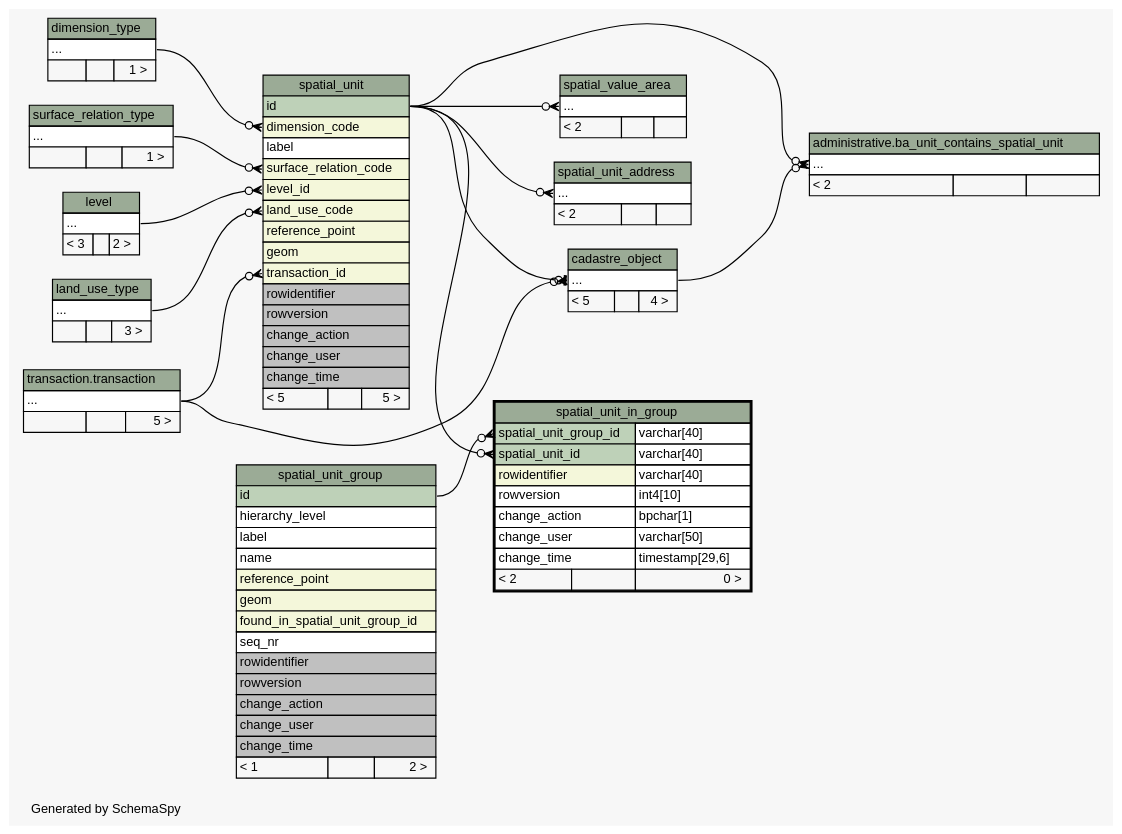
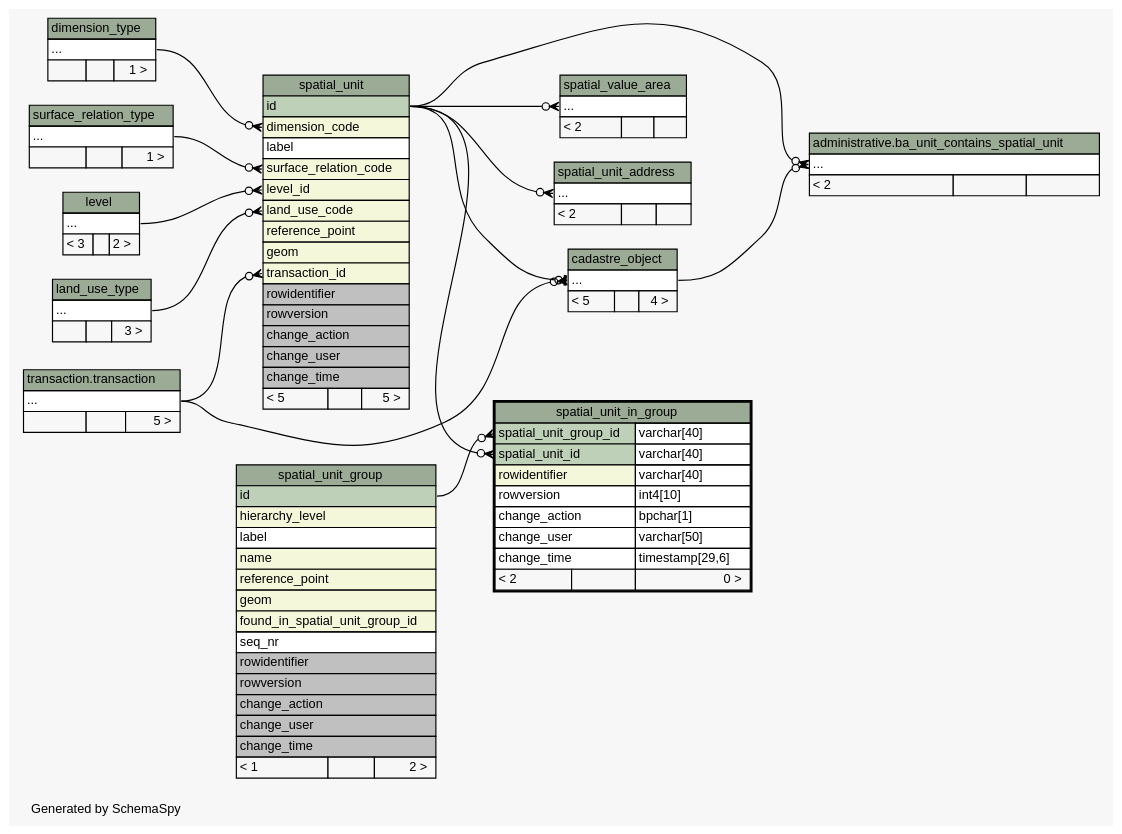
One commit to SOLA-SR-FAO/database changed the diagram in doc/cadastre/diagrams/spatial_unit_in_group.2degrees.dot. Above: the diagram before and after it, drawn with Graphviz. The commit also changed 592 other files, not shown here.

```diff
--- a/doc/cadastre/diagrams/spatial_unit_in_group.2degrees.dot
+++ b/doc/cadastre/diagrams/spatial_unit_in_group.2degrees.dot
@@ -1,186 +1,186 @@
 // dot 2.36.0 on Windows 7 6.1
 // SchemaSpy rev 590
 digraph "twoDegreesRelationshipsDiagram" {
   graph [
     rankdir="RL"
     bgcolor="#f7f7f7"
     label="\nGenerated by SchemaSpy"
     labeljust="l"
     nodesep="0.18"
     ranksep="0.46"
     fontname="Helvetica"
     fontsize="11"
   ];
   node [
     fontname="Helvetica"
     fontsize="11"
     shape="plaintext"
   ];
   edge [
     arrowsize="0.8"
   ];
   "administrative.ba_unit_contains_spatial_unit":"elipses":w -> "cadastre_object":"elipses":e [arrowhead=none dir=back arrowtail=crowodot];
   "administrative.ba_unit_contains_spatial_unit":"elipses":w -> "spatial_unit":"id":e [arrowhead=none dir=back arrowtail=crowodot];
   "cadastre_object":"elipses":w -> "spatial_unit":"id":e [arrowhead=none dir=back arrowtail=teeodot];
   "cadastre_object":"elipses":w -> "transaction.transaction":"elipses":e [arrowhead=none dir=back arrowtail=crowodot];
   "spatial_unit":"dimension_code":w -> "dimension_type":"elipses":e [arrowhead=none dir=back arrowtail=crowodot];
   "spatial_unit":"land_use_code":w -> "land_use_type":"elipses":e [arrowhead=none dir=back arrowtail=crowodot];
   "spatial_unit":"level_id":w -> "level":"elipses":e [arrowhead=none dir=back arrowtail=crowodot];
   "spatial_unit":"surface_relation_code":w -> "surface_relation_type":"elipses":e [arrowhead=none dir=back arrowtail=crowodot];
   "spatial_unit":"transaction_id":w -> "transaction.transaction":"elipses":e [arrowhead=none dir=back arrowtail=crowodot];
   "spatial_unit_address":"elipses":w -> "spatial_unit":"id":e [arrowhead=none dir=back arrowtail=crowodot];
   "spatial_unit_in_group":"spatial_unit_group_id":w -> "spatial_unit_group":"id":e [arrowhead=none dir=back arrowtail=crowodot];
   "spatial_unit_in_group":"spatial_unit_id":w -> "spatial_unit":"id":e [arrowhead=none dir=back arrowtail=crowodot];
   "spatial_value_area":"elipses":w -> "spatial_unit":"id":e [arrowhead=none dir=back arrowtail=crowodot];
   "administrative.ba_unit_contains_spatial_unit" [
     label=<
     <TABLE BORDER="0" CELLBORDER="1" CELLSPACING="0" BGCOLOR="#ffffff">
       <TR><TD COLSPAN="3" BGCOLOR="#9bab96" ALIGN="CENTER">administrative.ba_unit_contains_spatial_unit</TD></TR>
       <TR><TD PORT="elipses" COLSPAN="3" ALIGN="LEFT">...</TD></TR>
       <TR><TD ALIGN="LEFT" BGCOLOR="#f7f7f7">&lt; 2</TD><TD ALIGN="RIGHT" BGCOLOR="#f7f7f7">  </TD><TD ALIGN="RIGHT" BGCOLOR="#f7f7f7">  </TD></TR>
     </TABLE>>
     URL="../../administrative/tables/ba_unit_contains_spatial_unit.html"
     tooltip="administrative.ba_unit_contains_spatial_unit"
   ];
   "cadastre_object" [
     label=<
     <TABLE BORDER="0" CELLBORDER="1" CELLSPACING="0" BGCOLOR="#ffffff">
       <TR><TD COLSPAN="3" BGCOLOR="#9bab96" ALIGN="CENTER">cadastre_object</TD></TR>
       <TR><TD PORT="elipses" COLSPAN="3" ALIGN="LEFT">...</TD></TR>
       <TR><TD ALIGN="LEFT" BGCOLOR="#f7f7f7">&lt; 5</TD><TD ALIGN="RIGHT" BGCOLOR="#f7f7f7">  </TD><TD ALIGN="RIGHT" BGCOLOR="#f7f7f7">4 &gt;</TD></TR>
     </TABLE>>
     URL="cadastre_object.html"
     tooltip="cadastre_object"
   ];
   "dimension_type" [
     label=<
     <TABLE BORDER="0" CELLBORDER="1" CELLSPACING="0" BGCOLOR="#ffffff">
       <TR><TD COLSPAN="3" BGCOLOR="#9bab96" ALIGN="CENTER">dimension_type</TD></TR>
       <TR><TD PORT="elipses" COLSPAN="3" ALIGN="LEFT">...</TD></TR>
       <TR><TD ALIGN="LEFT" BGCOLOR="#f7f7f7">  </TD><TD ALIGN="RIGHT" BGCOLOR="#f7f7f7">  </TD><TD ALIGN="RIGHT" BGCOLOR="#f7f7f7">1 &gt;</TD></TR>
     </TABLE>>
     URL="dimension_type.html"
     tooltip="dimension_type"
   ];
   "land_use_type" [
     label=<
     <TABLE BORDER="0" CELLBORDER="1" CELLSPACING="0" BGCOLOR="#ffffff">
       <TR><TD COLSPAN="3" BGCOLOR="#9bab96" ALIGN="CENTER">land_use_type</TD></TR>
       <TR><TD PORT="elipses" COLSPAN="3" ALIGN="LEFT">...</TD></TR>
       <TR><TD ALIGN="LEFT" BGCOLOR="#f7f7f7">  </TD><TD ALIGN="RIGHT" BGCOLOR="#f7f7f7">  </TD><TD ALIGN="RIGHT" BGCOLOR="#f7f7f7">3 &gt;</TD></TR>
     </TABLE>>
     URL="land_use_type.html"
     tooltip="land_use_type"
   ];
   "level" [
     label=<
     <TABLE BORDER="0" CELLBORDER="1" CELLSPACING="0" BGCOLOR="#ffffff">
       <TR><TD COLSPAN="3" BGCOLOR="#9bab96" ALIGN="CENTER">level</TD></TR>
       <TR><TD PORT="elipses" COLSPAN="3" ALIGN="LEFT">...</TD></TR>
       <TR><TD ALIGN="LEFT" BGCOLOR="#f7f7f7">&lt; 3</TD><TD ALIGN="RIGHT" BGCOLOR="#f7f7f7">  </TD><TD ALIGN="RIGHT" BGCOLOR="#f7f7f7">2 &gt;</TD></TR>
     </TABLE>>
     URL="level.html"
     tooltip="level"
   ];
   "spatial_unit" [
     label=<
     <TABLE BORDER="0" CELLBORDER="1" CELLSPACING="0" BGCOLOR="#ffffff">
       <TR><TD COLSPAN="3" BGCOLOR="#9bab96" ALIGN="CENTER">spatial_unit</TD></TR>
       <TR><TD PORT="id" COLSPAN="3" BGCOLOR="#bed1b8" ALIGN="LEFT">id</TD></TR>
       <TR><TD PORT="dimension_code" COLSPAN="3" BGCOLOR="#f4f7da" ALIGN="LEFT">dimension_code</TD></TR>
       <TR><TD PORT="label" COLSPAN="3" ALIGN="LEFT">label</TD></TR>
       <TR><TD PORT="surface_relation_code" COLSPAN="3" BGCOLOR="#f4f7da" ALIGN="LEFT">surface_relation_code</TD></TR>
       <TR><TD PORT="level_id" COLSPAN="3" BGCOLOR="#f4f7da" ALIGN="LEFT">level_id</TD></TR>
       <TR><TD PORT="land_use_code" COLSPAN="3" BGCOLOR="#f4f7da" ALIGN="LEFT">land_use_code</TD></TR>
       <TR><TD PORT="reference_point" COLSPAN="3" BGCOLOR="#f4f7da" ALIGN="LEFT">reference_point</TD></TR>
       <TR><TD PORT="geom" COLSPAN="3" BGCOLOR="#f4f7da" ALIGN="LEFT">geom</TD></TR>
       <TR><TD PORT="transaction_id" COLSPAN="3" BGCOLOR="#f4f7da" ALIGN="LEFT">transaction_id</TD></TR>
       <TR><TD PORT="rowidentifier" COLSPAN="3" BGCOLOR="#c0c0c0" ALIGN="LEFT">rowidentifier</TD></TR>
       <TR><TD PORT="rowversion" COLSPAN="3" BGCOLOR="#c0c0c0" ALIGN="LEFT">rowversion</TD></TR>
       <TR><TD PORT="change_action" COLSPAN="3" BGCOLOR="#c0c0c0" ALIGN="LEFT">change_action</TD></TR>
       <TR><TD PORT="change_user" COLSPAN="3" BGCOLOR="#c0c0c0" ALIGN="LEFT">change_user</TD></TR>
       <TR><TD PORT="change_time" COLSPAN="3" BGCOLOR="#c0c0c0" ALIGN="LEFT">change_time</TD></TR>
       <TR><TD ALIGN="LEFT" BGCOLOR="#f7f7f7">&lt; 5</TD><TD ALIGN="RIGHT" BGCOLOR="#f7f7f7">  </TD><TD ALIGN="RIGHT" BGCOLOR="#f7f7f7">5 &gt;</TD></TR>
     </TABLE>>
     URL="spatial_unit.html"
     tooltip="spatial_unit"
   ];
   "spatial_unit_address" [
     label=<
     <TABLE BORDER="0" CELLBORDER="1" CELLSPACING="0" BGCOLOR="#ffffff">
       <TR><TD COLSPAN="3" BGCOLOR="#9bab96" ALIGN="CENTER">spatial_unit_address</TD></TR>
       <TR><TD PORT="elipses" COLSPAN="3" ALIGN="LEFT">...</TD></TR>
       <TR><TD ALIGN="LEFT" BGCOLOR="#f7f7f7">&lt; 2</TD><TD ALIGN="RIGHT" BGCOLOR="#f7f7f7">  </TD><TD ALIGN="RIGHT" BGCOLOR="#f7f7f7">  </TD></TR>
     </TABLE>>
     URL="spatial_unit_address.html"
     tooltip="spatial_unit_address"
   ];
   "spatial_unit_group" [
     label=<
     <TABLE BORDER="0" CELLBORDER="1" CELLSPACING="0" BGCOLOR="#ffffff">
       <TR><TD COLSPAN="3" BGCOLOR="#9bab96" ALIGN="CENTER">spatial_unit_group</TD></TR>
       <TR><TD PORT="id" COLSPAN="3" BGCOLOR="#bed1b8" ALIGN="LEFT">id</TD></TR>
-      <TR><TD PORT="hierarchy_level" COLSPAN="3" ALIGN="LEFT">hierarchy_level</TD></TR>
+      <TR><TD PORT="hierarchy_level" COLSPAN="3" BGCOLOR="#f4f7da" ALIGN="LEFT">hierarchy_level</TD></TR>
       <TR><TD PORT="label" COLSPAN="3" ALIGN="LEFT">label</TD></TR>
-      <TR><TD PORT="name" COLSPAN="3" ALIGN="LEFT">name</TD></TR>
+      <TR><TD PORT="name" COLSPAN="3" BGCOLOR="#f4f7da" ALIGN="LEFT">name</TD></TR>
       <TR><TD PORT="reference_point" COLSPAN="3" BGCOLOR="#f4f7da" ALIGN="LEFT">reference_point</TD></TR>
       <TR><TD PORT="geom" COLSPAN="3" BGCOLOR="#f4f7da" ALIGN="LEFT">geom</TD></TR>
       <TR><TD PORT="found_in_spatial_unit_group_id" COLSPAN="3" BGCOLOR="#f4f7da" ALIGN="LEFT">found_in_spatial_unit_group_id</TD></TR>
       <TR><TD PORT="seq_nr" COLSPAN="3" ALIGN="LEFT">seq_nr</TD></TR>
       <TR><TD PORT="rowidentifier" COLSPAN="3" BGCOLOR="#c0c0c0" ALIGN="LEFT">rowidentifier</TD></TR>
       <TR><TD PORT="rowversion" COLSPAN="3" BGCOLOR="#c0c0c0" ALIGN="LEFT">rowversion</TD></TR>
       <TR><TD PORT="change_action" COLSPAN="3" BGCOLOR="#c0c0c0" ALIGN="LEFT">change_action</TD></TR>
       <TR><TD PORT="change_user" COLSPAN="3" BGCOLOR="#c0c0c0" ALIGN="LEFT">change_user</TD></TR>
       <TR><TD PORT="change_time" COLSPAN="3" BGCOLOR="#c0c0c0" ALIGN="LEFT">change_time</TD></TR>
       <TR><TD ALIGN="LEFT" BGCOLOR="#f7f7f7">&lt; 1</TD><TD ALIGN="RIGHT" BGCOLOR="#f7f7f7">  </TD><TD ALIGN="RIGHT" BGCOLOR="#f7f7f7">2 &gt;</TD></TR>
     </TABLE>>
     URL="spatial_unit_group.html"
     tooltip="spatial_unit_group"
   ];
   "spatial_unit_in_group" [
     label=<
     <TABLE BORDER="2" CELLBORDER="1" CELLSPACING="0" BGCOLOR="#ffffff">
       <TR><TD COLSPAN="3" BGCOLOR="#9bab96" ALIGN="CENTER">spatial_unit_in_group</TD></TR>
       <TR><TD PORT="spatial_unit_group_id" COLSPAN="2" BGCOLOR="#bed1b8" ALIGN="LEFT">spatial_unit_group_id</TD><TD PORT="spatial_unit_group_id.type" ALIGN="LEFT">varchar[40]</TD></TR>
       <TR><TD PORT="spatial_unit_id" COLSPAN="2" BGCOLOR="#bed1b8" ALIGN="LEFT">spatial_unit_id</TD><TD PORT="spatial_unit_id.type" ALIGN="LEFT">varchar[40]</TD></TR>
       <TR><TD PORT="rowidentifier" COLSPAN="2" BGCOLOR="#f4f7da" ALIGN="LEFT">rowidentifier</TD><TD PORT="rowidentifier.type" ALIGN="LEFT">varchar[40]</TD></TR>
       <TR><TD PORT="rowversion" COLSPAN="2" ALIGN="LEFT">rowversion</TD><TD PORT="rowversion.type" ALIGN="LEFT">int4[10]</TD></TR>
       <TR><TD PORT="change_action" COLSPAN="2" ALIGN="LEFT">change_action</TD><TD PORT="change_action.type" ALIGN="LEFT">bpchar[1]</TD></TR>
       <TR><TD PORT="change_user" COLSPAN="2" ALIGN="LEFT">change_user</TD><TD PORT="change_user.type" ALIGN="LEFT">varchar[50]</TD></TR>
       <TR><TD PORT="change_time" COLSPAN="2" ALIGN="LEFT">change_time</TD><TD PORT="change_time.type" ALIGN="LEFT">timestamp[29,6]</TD></TR>
       <TR><TD ALIGN="LEFT" BGCOLOR="#f7f7f7">&lt; 2</TD><TD ALIGN="RIGHT" BGCOLOR="#f7f7f7">  </TD><TD ALIGN="RIGHT" BGCOLOR="#f7f7f7">0 &gt;</TD></TR>
     </TABLE>>
     URL="spatial_unit_in_group.html"
     tooltip="spatial_unit_in_group"
   ];
   "spatial_value_area" [
     label=<
     <TABLE BORDER="0" CELLBORDER="1" CELLSPACING="0" BGCOLOR="#ffffff">
       <TR><TD COLSPAN="3" BGCOLOR="#9bab96" ALIGN="CENTER">spatial_value_area</TD></TR>
       <TR><TD PORT="elipses" COLSPAN="3" ALIGN="LEFT">...</TD></TR>
       <TR><TD ALIGN="LEFT" BGCOLOR="#f7f7f7">&lt; 2</TD><TD ALIGN="RIGHT" BGCOLOR="#f7f7f7">  </TD><TD ALIGN="RIGHT" BGCOLOR="#f7f7f7">  </TD></TR>
     </TABLE>>
     URL="spatial_value_area.html"
     tooltip="spatial_value_area"
   ];
   "surface_relation_type" [
     label=<
     <TABLE BORDER="0" CELLBORDER="1" CELLSPACING="0" BGCOLOR="#ffffff">
       <TR><TD COLSPAN="3" BGCOLOR="#9bab96" ALIGN="CENTER">surface_relation_type</TD></TR>
       <TR><TD PORT="elipses" COLSPAN="3" ALIGN="LEFT">...</TD></TR>
       <TR><TD ALIGN="LEFT" BGCOLOR="#f7f7f7">  </TD><TD ALIGN="RIGHT" BGCOLOR="#f7f7f7">  </TD><TD ALIGN="RIGHT" BGCOLOR="#f7f7f7">1 &gt;</TD></TR>
     </TABLE>>
     URL="surface_relation_type.html"
     tooltip="surface_relation_type"
   ];
   "transaction.transaction" [
     label=<
     <TABLE BORDER="0" CELLBORDER="1" CELLSPACING="0" BGCOLOR="#ffffff">
       <TR><TD COLSPAN="3" BGCOLOR="#9bab96" ALIGN="CENTER">transaction.transaction</TD></TR>
       <TR><TD PORT="elipses" COLSPAN="3" ALIGN="LEFT">...</TD></TR>
       <TR><TD ALIGN="LEFT" BGCOLOR="#f7f7f7">  </TD><TD ALIGN="RIGHT" BGCOLOR="#f7f7f7">  </TD><TD ALIGN="RIGHT" BGCOLOR="#f7f7f7">5 &gt;</TD></TR>
     </TABLE>>
     URL="../../transaction/tables/transaction.html"
     tooltip="transaction.transaction"
   ];
 }
```
